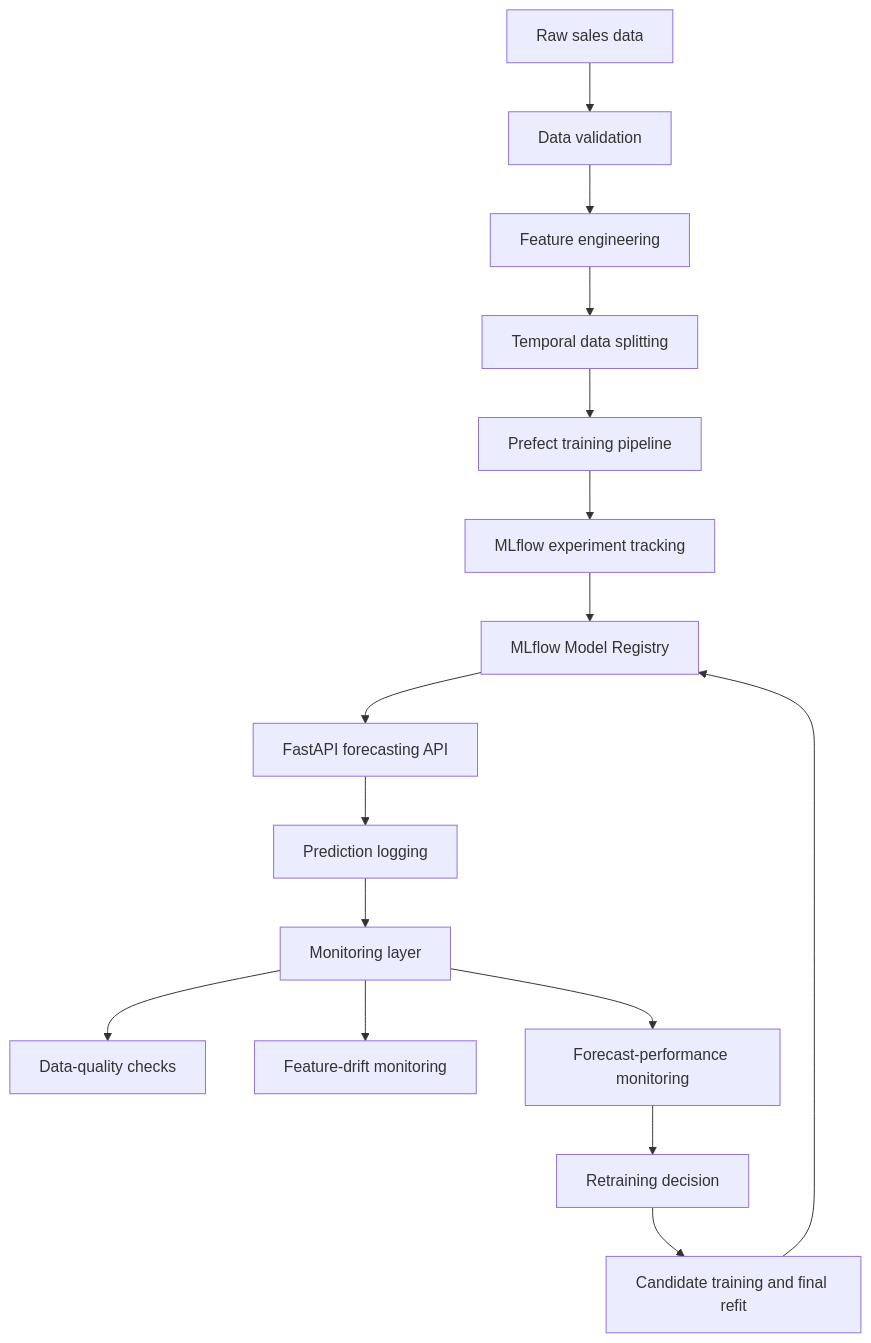
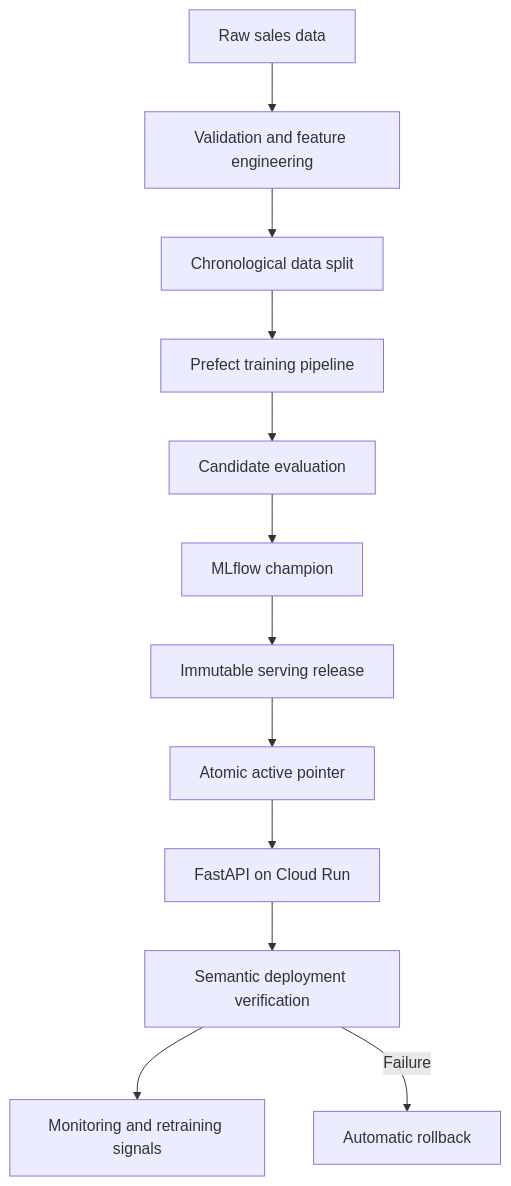
The diagram in README.md (SL14-SL/mlops-sales-forecasting), drawn with Mermaid before and after one commit. The commit also changed other lines of this file and 22 other files, not shown here.

````diff
--- a/README.md
+++ b/README.md
@@ -40,21 +63,14 @@
 ```mermaid
 flowchart TD
-    A["Raw sales data"] --> B["Data validation"]
-    B --> C["Feature engineering"]
-    C --> D["Temporal data splitting"]
-    D --> E["Prefect training pipeline"]
-    E --> F["MLflow experiment tracking"]
-    F --> G["MLflow Model Registry"]
-    G --> H["FastAPI forecasting API"]
-
-    H --> I["Prediction logging"]
-    I --> J["Monitoring layer"]
-
-    J --> K["Data-quality checks"]
-    J --> L["Feature-drift monitoring"]
-    J --> M["Forecast-performance monitoring"]
-
-    M --> N["Retraining decision"]
-    N --> O["Candidate training and final refit"]
-    O --> G
+    A["Raw sales data"] --> B["Validation and feature engineering"]
+    B --> C["Chronological data split"]
+    C --> D["Prefect training pipeline"]
+    D --> E["Candidate evaluation"]
+    E --> F["MLflow champion"]
+    F --> G["Immutable serving release"]
+    G --> H["Atomic active pointer"]
+    H --> I["FastAPI on Cloud Run"]
+    I --> J["Semantic deployment verification"]
+    J --> K["Monitoring and retraining signals"]
+    J -->|Failure| L["Automatic rollback"]
 ```
````
